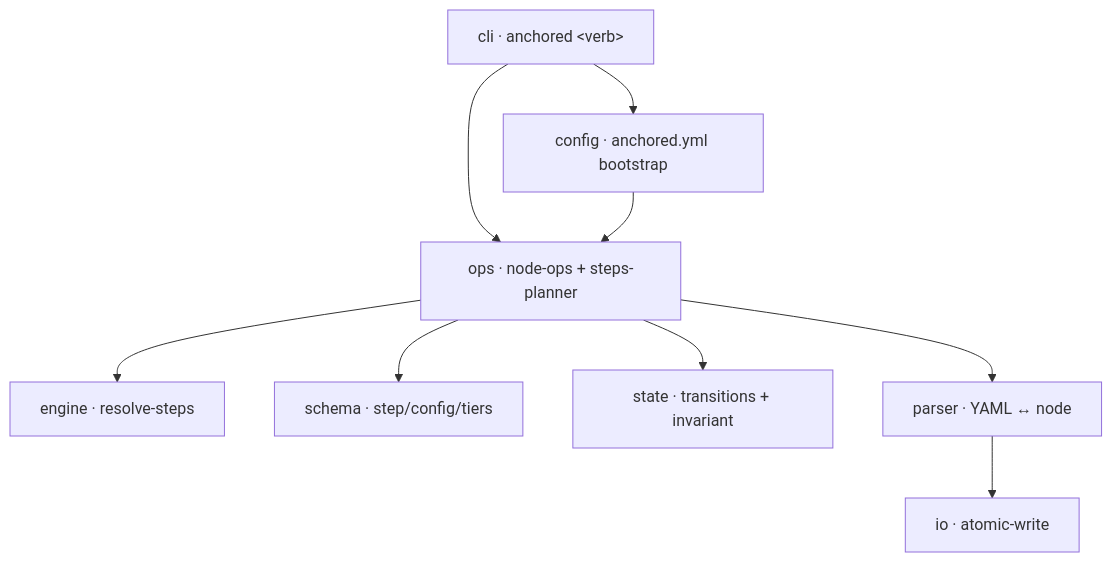
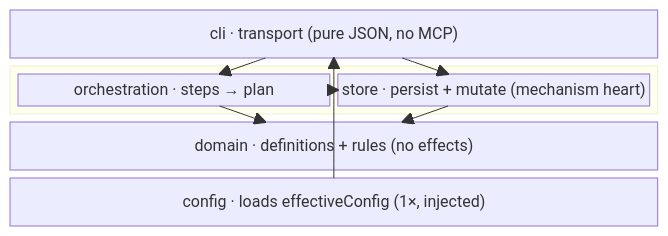
The diagram in docs/core/_core.md (chafoo/anchored), drawn with Mermaid before and after one commit. The commit also changed other lines of this file and 65 other files, not shown here.

````diff
--- a/docs/core/_core.md
+++ b/docs/core/_core.md
@@ -12,11 +18,17 @@
 ```mermaid
-flowchart TB
-    cli["cli · anchored &lt;verb&gt;"] --> config["config · anchored.yml bootstrap"]
-    cli --> ops["ops · node-ops + steps-planner"]
-    config --> ops
-    ops --> engine["engine · resolve-steps"]
-    ops --> schema["schema · step/config/tiers"]
-    ops --> state["state · transitions + invariant"]
-    ops --> parser["parser · YAML ↔ node"]
-    parser --> io["io · atomic-write"]
+block-beta
+  columns 1
+  cli["cli · transport (pure JSON, no MCP)"]
+  block:mid
+    orchestration["orchestration · steps → plan"]
+    store["store · persist + mutate (mechanism heart)"]
+  end
+  domain["domain · definitions + rules (no effects)"]
+  config["config · loads effectiveConfig (1×, injected)"]
+  cli --> orchestration
+  cli --> store
+  orchestration --> store
+  orchestration --> domain
+  store --> domain
+  config --> cli
 ```
````
